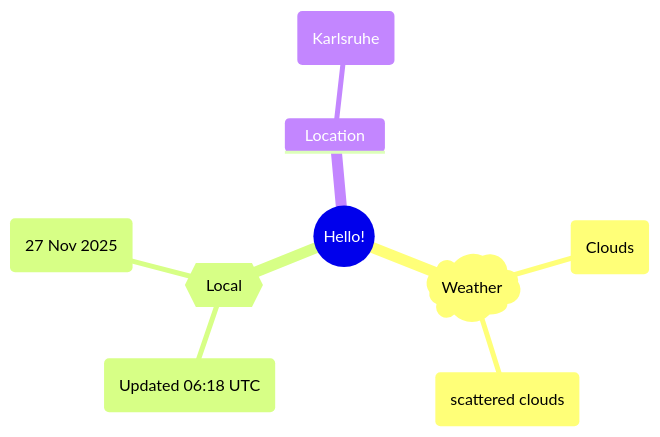
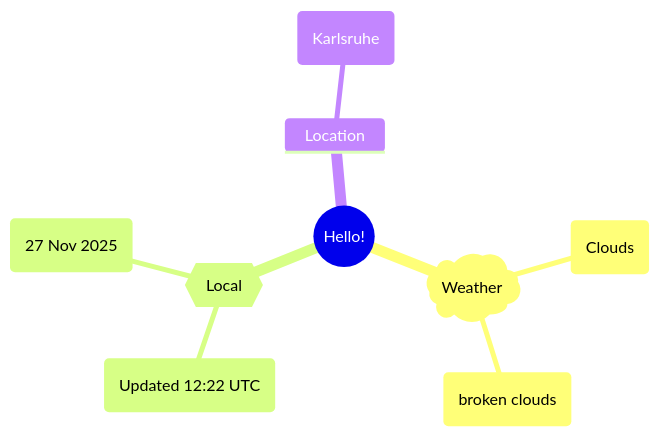
The first of 2 diagrams in README.md (Xosrov/Xosrov), drawn with Mermaid before and after one commit.

Commit message:
[bot] updated images

````diff
--- a/README.md
+++ b/README.md
@@ -3,12 +3,12 @@
 ```mermaid
 mindmap
   root((Hello!))
     )Weather(
         (Clouds)
-        (scattered clouds)
+        (broken clouds)
     {{Local}}
-        (Updated 06:18 UTC)
+        (Updated 12:22 UTC)
         (27 Nov 2025)
     Location
         (Karlsruhe)
 ```
````
